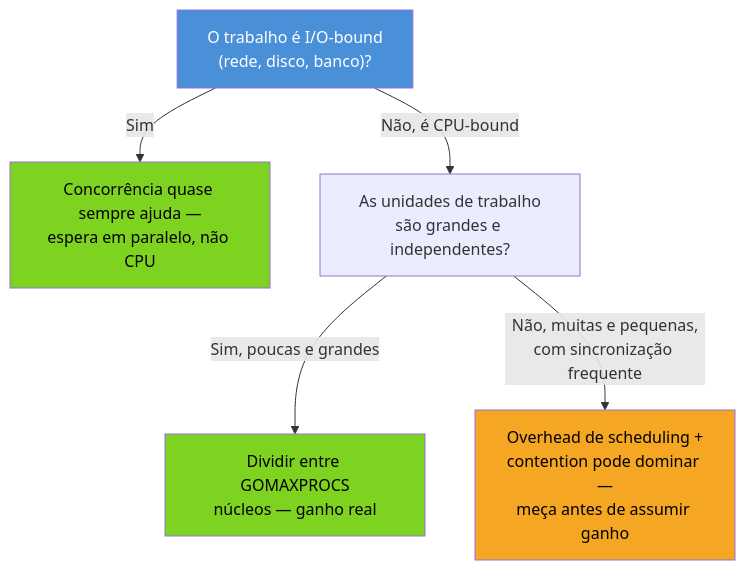
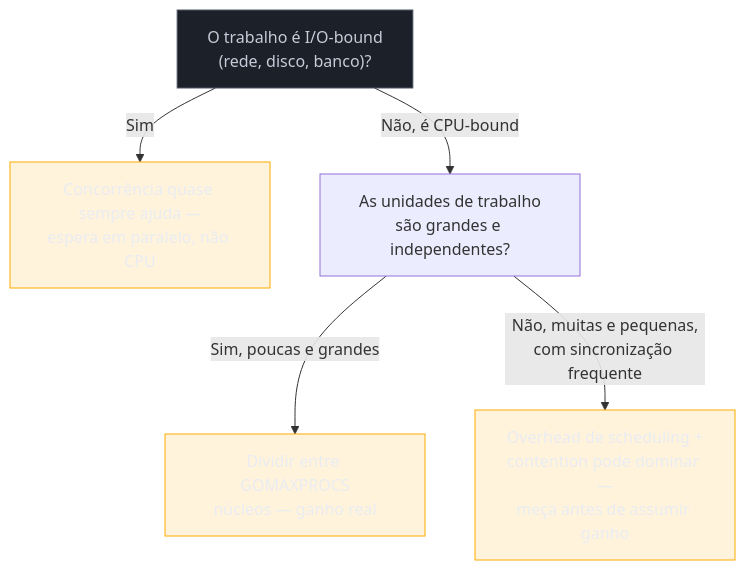
The first of 2 diagrams in 03-Dominios/Tecnologia/Go/07 - Goroutines e o scheduler/08 - Quando (não) usar goroutines.md (josenaldo/codex-technomanticus), drawn with Mermaid before and after one commit. The commit also changed other lines of this file and 1181 other files, not shown here.

First line of the commit message:
fix(diagramas): paleta do sistema no lugar de cor cravada no markdown

````diff
--- a/03-Dominios/Tecnologia/Go/07 - Goroutines e o scheduler/08 - Quando (não) usar goroutines.md
+++ b/03-Dominios/Tecnologia/Go/07 - Goroutines e o scheduler/08 - Quando (não) usar goroutines.md
@@ -76,12 +76,14 @@
 ```mermaid
 flowchart TD
+    classDef neutro fill:#1B2029,stroke:#4E5666,color:#C6CCD8
+    classDef destaque fill:#FFAA0024,stroke:#FFAA00,color:#E9ECF2
     A["O trabalho é I/O-bound\n(rede, disco, banco)?"] -->|Sim| B["Concorrência quase sempre ajuda —\nespera em paralelo, não CPU"]
     A -->|Não, é CPU-bound| C["As unidades de trabalho\nsão grandes e independentes?"]
     C -->|Sim, poucas e grandes| D["Dividir entre GOMAXPROCS\nnúcleos — ganho real"]
     C -->|Não, muitas e pequenas,\ncom sincronização frequente| E["Overhead de scheduling +\ncontention pode dominar —\nmeça antes de assumir ganho"]
 
-    style A fill:#4A90D9,color:#fff
-    style B fill:#7ED321,color:#000
-    style D fill:#7ED321,color:#000
-    style E fill:#F5A623,color:#000
+    class A neutro
+    class B destaque
+    class D destaque
+    class E destaque
 ```
````
